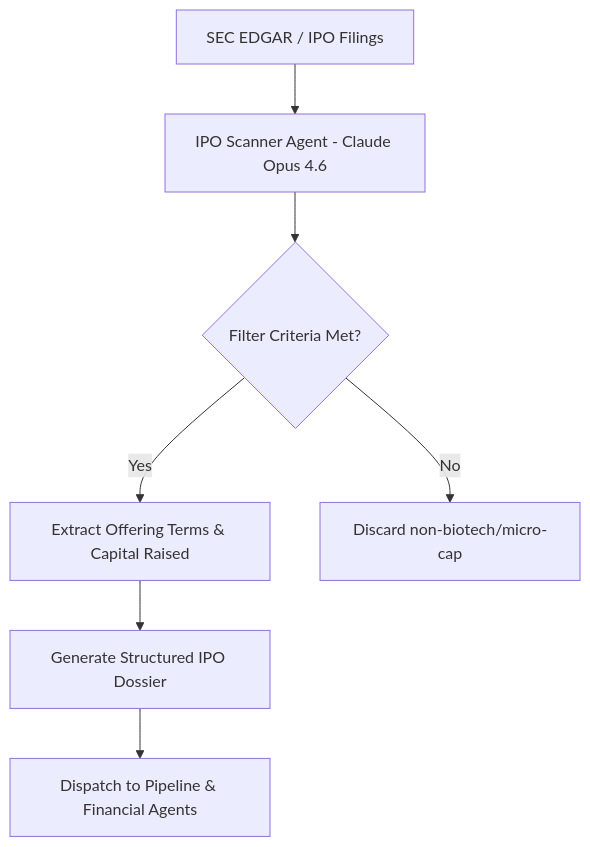
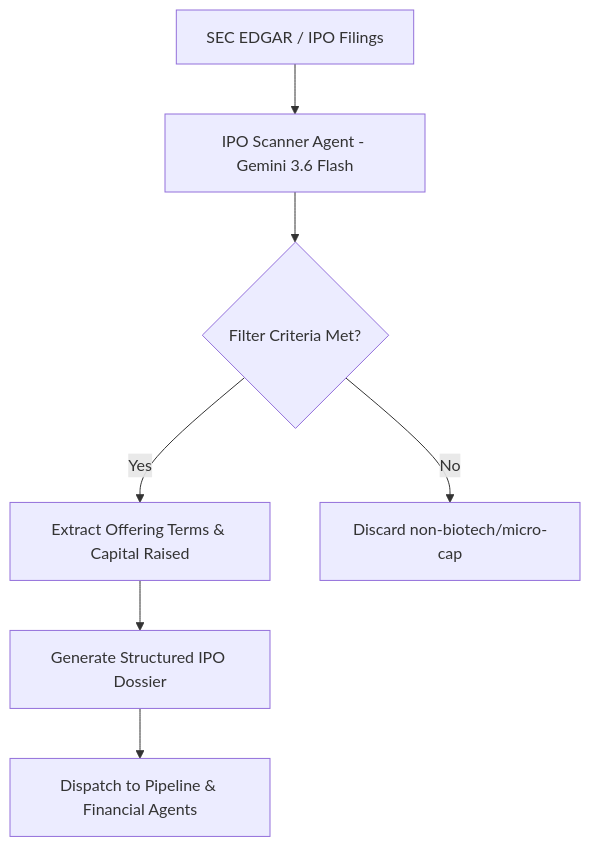
The diagram in agents/01_ipo_scanner_agent.md (BretonsACT/IPO-Biotechnology), drawn with Mermaid before and after one commit. The commit also changed other lines of this file and 14 other files, not shown here.

Commit message:
Release v2.4: Implement task-optimized Hybrid Multi-Agent LLM Architecture (Gemini 3.6 Flash for data intake & media, Claude Opus 4.6 for clinical, financial & synthesis)

````diff
--- a/agents/01_ipo_scanner_agent.md
+++ b/agents/01_ipo_scanner_agent.md
@@ -24,9 +24,9 @@
 ```mermaid
 graph TD
-    A[SEC EDGAR / IPO Filings] --> B[IPO Scanner Agent - Claude Opus 4.6]
+    A[SEC EDGAR / IPO Filings] --> B[IPO Scanner Agent - Gemini 3.6 Flash]
     B --> C{Filter Criteria Met?}
     C -- Yes --> D[Extract Offering Terms & Capital Raised]
     C -- No --> E[Discard non-biotech/micro-cap]
     D --> F[Generate Structured IPO Dossier]
     F --> G[Dispatch to Pipeline & Financial Agents]
 ```
````
